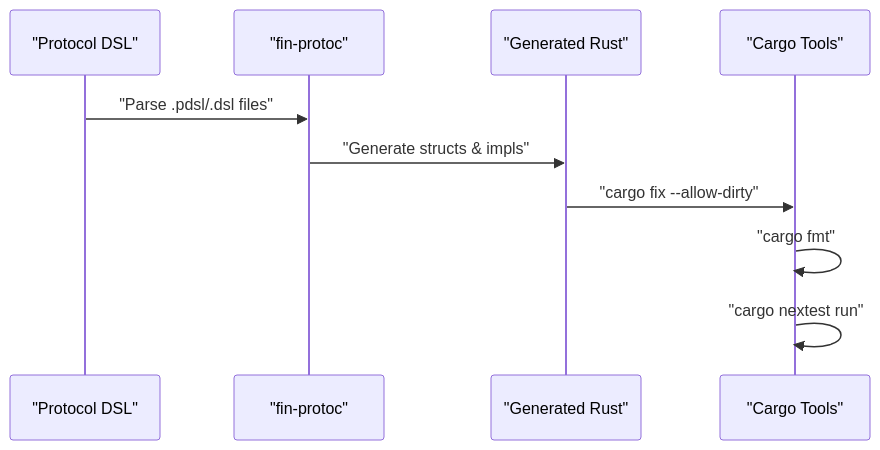
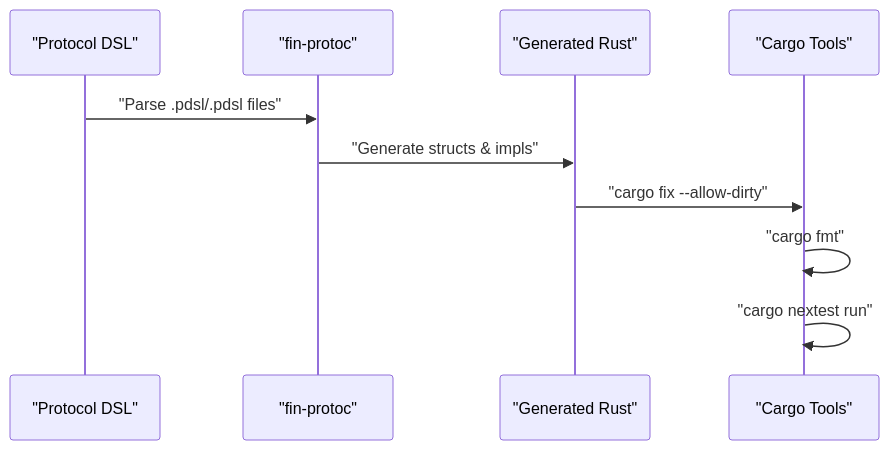
Before and after one commit to xinchentechnote/fin-proto-rs: the second of 3 diagrams in readme.md, drawn with Mermaid. The commit also changed other lines of this file and 9 other files, not shown here.

````diff
--- a/readme.md
+++ b/readme.md
@@ -77,13 +77,13 @@
 ```mermaid
 sequenceDiagram
     participant DSL as "Protocol DSL"
     participant PROTOC as "fin-protoc"
     participant RUST as "Generated Rust"
     participant CARGO as "Cargo Tools"
 
-    DSL->>PROTOC: "Parse .pdsl/.dsl files"
+    DSL->>PROTOC: "Parse .pdsl/.pdsl files"
     PROTOC->>RUST: "Generate structs & impls"
     RUST->>CARGO: "cargo fix --allow-dirty"
     CARGO->>CARGO: "cargo fmt"
     CARGO->>CARGO: "cargo nextest run"
 ```
````
